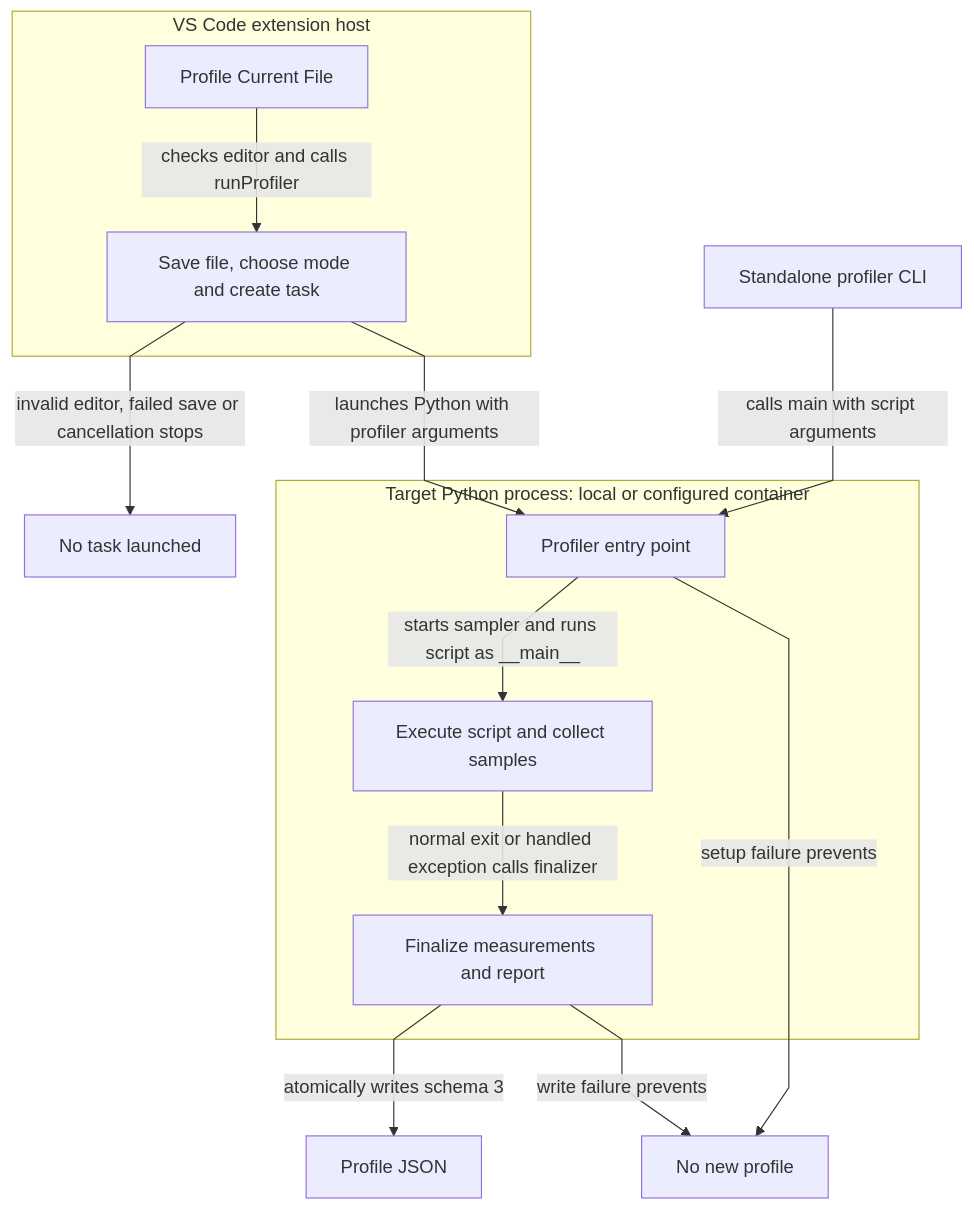
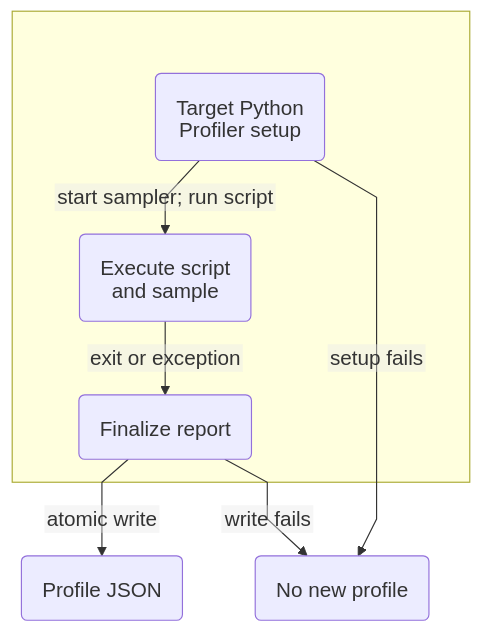
The seventh of 23 diagrams in docs/feature-map.md (AashishTangnami/python-memory-guardian), drawn with Mermaid before and after one commit. The commit also changed other lines of this file, not shown here.

Commit message:
updated mermaid diagram for better readibility.

````diff
--- a/docs/feature-map.md
+++ b/docs/feature-map.md
@@ -125,24 +168,14 @@
 ```mermaid
-%%{init: {"fontFamily":"Inter, ui-sans-serif, system-ui, sans-serif","flowchart":{"curve":"linear","nodeSpacing":50,"rankSpacing":60},"layout":"dagre"}}%%
+%%{init: {"fontFamily":"Arial, sans-serif","themeVariables":{"fontSize":"18px","fontFamily":"Arial, sans-serif"},"flowchart":{"curve":"linear","nodeSpacing":32,"rankSpacing":40,"diagramPadding":8,"padding":18,"subGraphTitleMargin":{"top":10,"bottom":24},"htmlLabels":false},"layout":"dagre","htmlLabels":false,"themeCSS":".node rect, .cluster rect { rx: 10px; ry: 10px; } .label, .nodeLabel, .edgeLabel, .cluster-label { letter-spacing: normal; word-spacing: normal; } .edgeLabel rect { stroke: currentColor !important; stroke-width: 1px !important; stroke-dasharray: none; opacity: 1 !important; fill-opacity: 1; rx: 4px; ry: 4px; }"}}%%
 flowchart TD
-    subgraph EXT["VS Code extension host"]
-      Command["Profile Current File"]
-      Task["Save file, choose mode and create task"]
+subgraph PROC[" "]
+      Start("Target Python<br/>Profiler setup")
+      Run("Execute script<br/>and sample")
+      Finish("Finalize report")
     end
-    CLI["Standalone profiler CLI"]
-    subgraph PROC["Target Python process: local or configured container"]
-      Main["Profiler entry point"]
-      Capture["Execute script and collect samples"]
-      Finish["Finalize measurements and report"]
-    end
-    JSON["Profile JSON"]
-    Command -->|checks editor and calls runProfiler| Task
-    Task -->|invalid editor, failed save or cancellation stops| Cancel["No task launched"]
-    Task -->|launches Python with profiler arguments| Main
-    CLI -->|calls main with script arguments| Main
-    Main -->|starts sampler and runs script as __main__| Capture
-    Capture -->|normal exit or handled exception calls finalizer| Finish
-    Finish -->|atomically writes schema 3| JSON
-    Main -->|setup failure prevents| Missing["No new profile"]
-    Finish -->|write failure prevents| Missing
+    Start -->|start sampler; run script| Run
+    Run -->|exit or exception| Finish
+    Finish -->|atomic write| JSON("Profile JSON")
+    Start -->|setup fails| Missing("No new profile")
+    Finish -->|write fails| Missing
 ```
````
